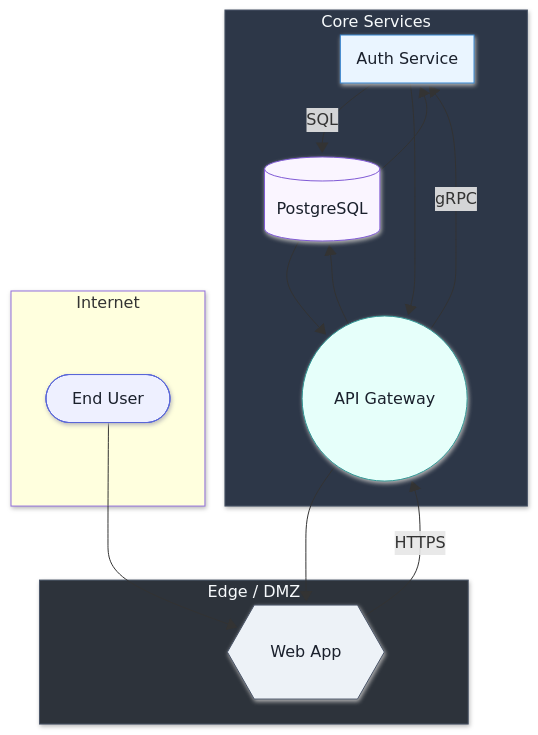
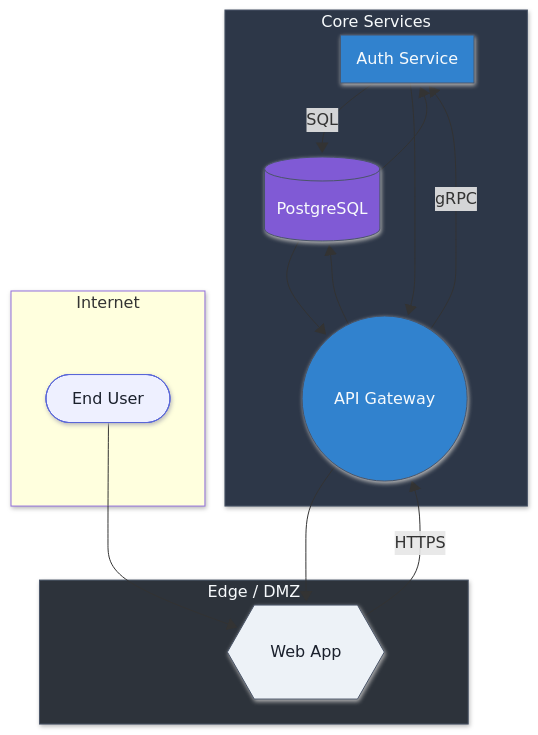
Before and after one commit to hallundbaek/archinix: the diagram in docs/token-refresh-architecture.md, drawn with Mermaid. The commit also changed 12 other files, not shown here.

````diff
--- a/docs/token-refresh-architecture.md
+++ b/docs/token-refresh-architecture.md
@@ -3,39 +3,42 @@
 ```mermaid
 %%{init: {"look":"neo"} }%%
 flowchart TD
 subgraph b_core["Core Services"]
 auth["Auth Service"]
 db[("PostgreSQL")]
 gateway(("API Gateway"))
 end
 subgraph b_edge["Edge / DMZ"]
 web{{"Web App"}}
 end
 subgraph b_internet["Internet"]
 user(["End User"])
 end
 auth -->|"SQL"| db
 auth --> gateway
 db --> auth
 db --> gateway
 gateway -->|"gRPC"| auth
 gateway --> db
 gateway --> web
 user --> web
 web -->|"HTTPS"| gateway
 classDef actor fill:#eef0ff,stroke:#5a67d8,color:#1a202c
 classDef participant fill:#eaf5ff,stroke:#3182ce,color:#1a202c
 classDef boundary fill:#edf2f7,stroke:#4a5568,color:#1a202c
 classDef control fill:#e6fffa,stroke:#319795,color:#1a202c
 classDef entity fill:#fffaf0,stroke:#dd6b20,color:#1a202c
 classDef database fill:#faf5ff,stroke:#805ad5,color:#1a202c
 classDef collections fill:#f0fff4,stroke:#38a169,color:#1a202c
 classDef queue fill:#fff5f5,stroke:#e53e3e,color:#1a202c
 class user actor
 class web boundary
 class gateway control
 class auth participant
 class db database
+style auth fill:#3182ce,stroke:#4a5568,color:#f7fafc
+style db fill:#805ad5,stroke:#4a5568,color:#f7fafc
+style gateway fill:#3182ce,stroke:#4a5568,color:#f7fafc
 style b_core fill:#2D3748,stroke:#4a5568,color:#f7fafc
 style b_edge fill:#2d333b,stroke:#4a5568,color:#f7fafc
 ```
````
